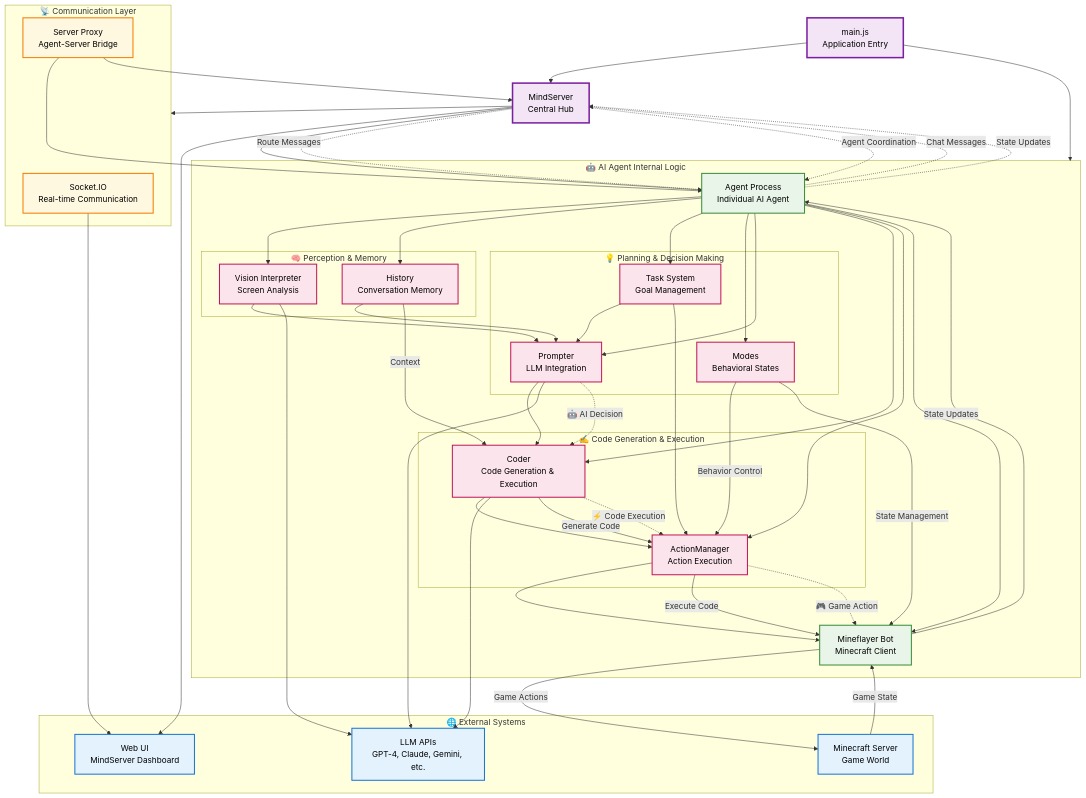
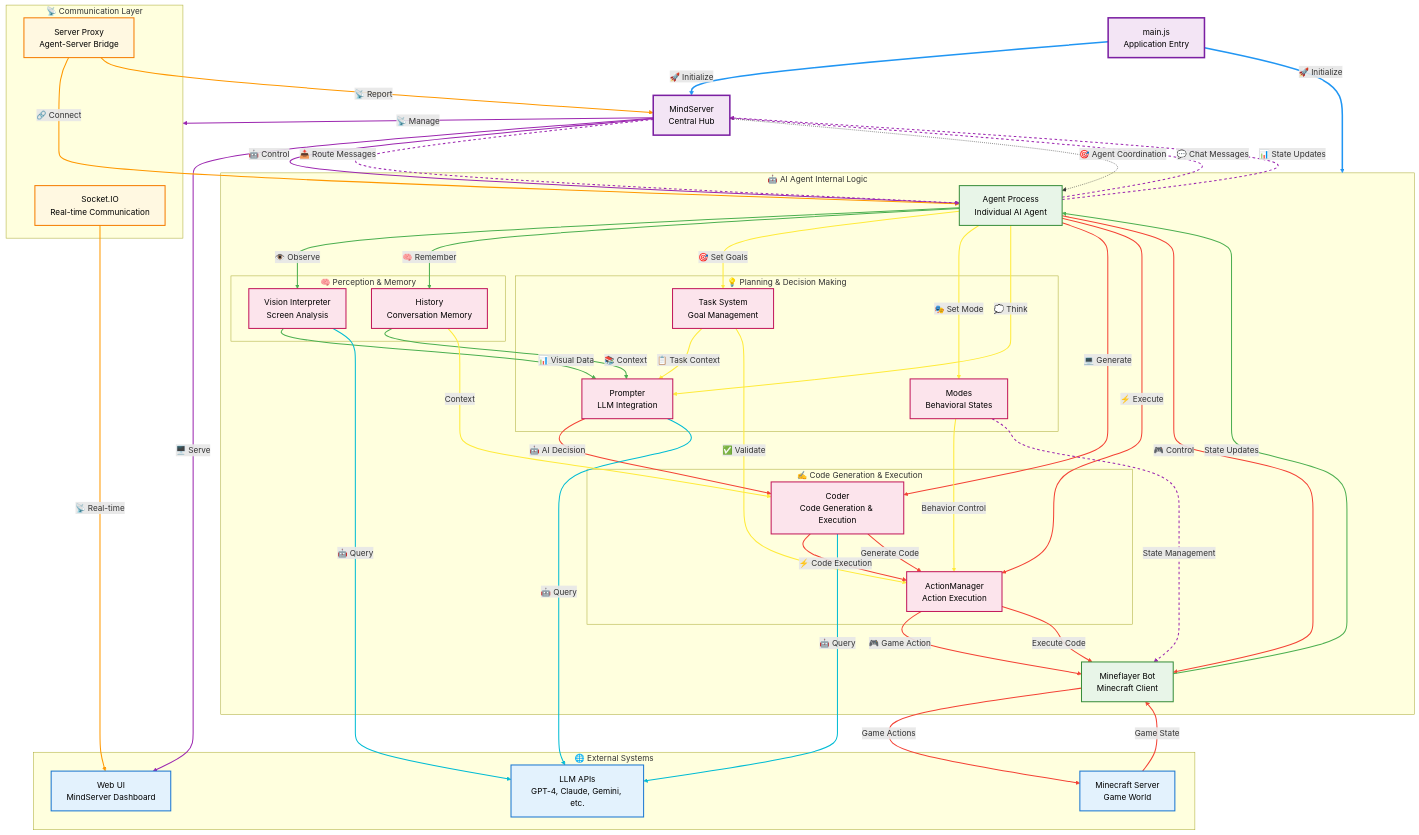
The diagram in ARCHITECTURE.md (kolbytn/mindcraft), drawn with Mermaid before and after one commit. The commit also changed other lines of this file, not shown here.

Commit message:
Add color-coded arrows and flow legend to architecture diagram
- Implement color-coded arrows for different data flow types
- Add descriptive labels with emojis to all connections
- Create comprehensive legend explaining arrow colors and meanings
- Use distinct colors for: initialization, perception, planning, execution, AI integration, coordination
- Add dashed lines for multi-agent communication patterns
- Improve visual flow tracking and diagram readability
- Make data flow patterns immediately recognizable at a glance

````diff
--- a/ARCHITECTURE.md
+++ b/ARCHITECTURE.md
@@ -46,70 +46,65 @@
         BOT[Mineflayer Bot<br/>Minecraft Client]:::agent
     end
 
-    %% Main Application Flow
-    MAIN --> MINDSERVER
-    MAIN --> AGENT_LOGIC
+    %% Main Application Flow (Blue - System Initialization)
+    MAIN -->|"🚀 Initialize"| MINDSERVER
+    MAIN -->|"🚀 Initialize"| AGENT_LOGIC
 
-    %% MindServer Connections
-    MINDSERVER --> COMM
-    MINDSERVER --> UI
-    MINDSERVER --> AGENT
+    %% MindServer Connections (Purple - Central Hub)
+    MINDSERVER -->|"📡 Manage"| COMM
+    MINDSERVER -->|"🖥️ Serve"| UI
+    MINDSERVER -->|"🤖 Control"| AGENT
 
-    %% Communication Layer Flow
-    SOCKET --> UI
-    PROXY --> AGENT
-    PROXY --> MINDSERVER
+    %% Communication Layer Flow (Orange - Communication)
+    SOCKET -->|"📡 Real-time"| UI
+    PROXY -->|"🔗 Connect"| AGENT
+    PROXY -->|"📡 Report"| MINDSERVER
 
-    %% Agent Internal Flow - Perception
-    AGENT --> VISION
-    AGENT --> HISTORY
-    VISION --> PROMPTER
-    HISTORY --> PROMPTER
+    %% Agent Internal Flow - Perception (Green - Data Input)
+    AGENT -->|"👁️ Observe"| VISION
+    AGENT -->|"🧠 Remember"| HISTORY
+    VISION -->|"📊 Visual Data"| PROMPTER
+    HISTORY -->|"📚 Context"| PROMPTER
 
-    %% Agent Internal Flow - Planning
-    AGENT --> TASKS
-    AGENT --> MODES
-    AGENT --> PROMPTER
-    TASKS --> PROMPTER
-    TASKS --> ACTIONS
+    %% Agent Internal Flow - Planning (Yellow - Decision Making)
+    AGENT -->|"🎯 Set Goals"| TASKS
+    AGENT -->|"🎭 Set Mode"| MODES
+    AGENT -->|"💭 Think"| PROMPTER
+    TASKS -->|"📋 Task Context"| PROMPTER
+    TASKS -->|"✅ Validate"| ACTIONS
 
-    %% Agent Internal Flow - Execution
-    AGENT --> CODER
-    AGENT --> ACTIONS
-    AGENT --> BOT
-    PROMPTER --> CODER
-    CODER --> ACTIONS
-    ACTIONS --> BOT
+    %% Agent Internal Flow - Execution (Red - Action Execution)
+    AGENT -->|"💻 Generate"| CODER
+    AGENT -->|"⚡ Execute"| ACTIONS
+    AGENT -->|"🎮 Control"| BOT
+    PROMPTER -->|"🤖 AI Decision"| CODER
+    CODER -->|"⚡ Code Execution"| ACTIONS
+    ACTIONS -->|"🎮 Game Action"| BOT
 
-    %% LLM Integration
-    PROMPTER --> LLM
-    CODER --> LLM
-    VISION --> LLM
+    %% LLM Integration (Cyan - External AI)
+    PROMPTER -->|"🤖 Query"| LLM
+    CODER -->|"🤖 Query"| LLM
+    VISION -->|"🤖 Query"| LLM
 
-    %% Code Execution Flow
-    CODER -->|Generate Code| ACTIONS
-    ACTIONS -->|Execute Code| BOT
-    BOT -->|Game Actions| MC
-    MC -->|Game State| BOT
-    BOT -->|State Updates| AGENT
+    %% Code Execution Flow (Red - Game Actions)
+    CODER -->|"Generate Code"| ACTIONS
+    ACTIONS -->|"Execute Code"| BOT
+    BOT -->|"Game Actions"| MC
+    MC -->|"Game State"| BOT
+    BOT -->|"State Updates"| AGENT
 
-    %% Memory and Learning
-    HISTORY -->|Context| CODER
+    %% Memory and Learning (Green - Learning)
+    HISTORY -->|"Context"| CODER
 
-    %% Behavioral Control
-    MODES -->|Behavior Control| ACTIONS
-    MODES -->|State Management| BOT
+    %% Behavioral Control (Yellow - Control)
+    MODES -->|"Behavior Control"| ACTIONS
+    MODES -->|"State Management"| BOT
 
-    %% Multi-Agent Coordination
-    AGENT -.->|Chat Messages| MINDSERVER
-    MINDSERVER -.->|Route Messages| AGENT
-    AGENT -.->|State Updates| MINDSERVER
-    MINDSERVER -.->|Agent Coordination| AGENT
-
-    %% Data Flow Indicators
-    PROMPTER -.->|"🤖 AI Decision"| CODER
-    CODER -.->|"⚡ Code Execution"| ACTIONS
-    ACTIONS -.->|"🎮 Game Action"| BOT
+    %% Multi-Agent Coordination (Purple - Coordination)
+    AGENT -.->|"💬 Chat Messages"| MINDSERVER
+    MINDSERVER -.->|"📤 Route Messages"| AGENT
+    AGENT -.->|"📊 State Updates"| MINDSERVER
+    MINDSERVER -.->|"🎯 Agent Coordination"| AGENT
 
     %% Styling
     classDef external fill:#e3f2fd,stroke:#1976d2,stroke-width:2px,color:#000
@@ -123,4 +118,43 @@
     class AGENT,BOT agent
     class SOCKET,PROXY communication
     class PROMPTER,CODER,ACTIONS,TASKS,HISTORY,MODES,VISION data
+
+    %% Link Styling
+    linkStyle 0 stroke:#2196F3,stroke-width:3px
+    linkStyle 1 stroke:#2196F3,stroke-width:3px
+    linkStyle 2 stroke:#9C27B0,stroke-width:2px
+    linkStyle 3 stroke:#9C27B0,stroke-width:2px
+    linkStyle 4 stroke:#9C27B0,stroke-width:2px
+    linkStyle 5 stroke:#FF9800,stroke-width:2px
+    linkStyle 6 stroke:#FF9800,stroke-width:2px
+    linkStyle 7 stroke:#FF9800,stroke-width:2px
+    linkStyle 8 stroke:#4CAF50,stroke-width:2px
+    linkStyle 9 stroke:#4CAF50,stroke-width:2px
+    linkStyle 10 stroke:#4CAF50,stroke-width:2px
+    linkStyle 11 stroke:#4CAF50,stroke-width:2px
+    linkStyle 12 stroke:#FFEB3B,stroke-width:2px
+    linkStyle 13 stroke:#FFEB3B,stroke-width:2px
+    linkStyle 14 stroke:#FFEB3B,stroke-width:2px
+    linkStyle 15 stroke:#FFEB3B,stroke-width:2px
+    linkStyle 16 stroke:#FFEB3B,stroke-width:2px
+    linkStyle 17 stroke:#F44336,stroke-width:2px
+    linkStyle 18 stroke:#F44336,stroke-width:2px
+    linkStyle 19 stroke:#F44336,stroke-width:2px
+    linkStyle 20 stroke:#F44336,stroke-width:2px
+    linkStyle 21 stroke:#F44336,stroke-width:2px
+    linkStyle 22 stroke:#F44336,stroke-width:2px
+    linkStyle 23 stroke:#00BCD4,stroke-width:2px
+    linkStyle 24 stroke:#00BCD4,stroke-width:2px
+    linkStyle 25 stroke:#00BCD4,stroke-width:2px
+    linkStyle 26 stroke:#F44336,stroke-width:2px
+    linkStyle 27 stroke:#F44336,stroke-width:2px
+    linkStyle 28 stroke:#F44336,stroke-width:2px
+    linkStyle 29 stroke:#F44336,stroke-width:2px
+    linkStyle 30 stroke:#4CAF50,stroke-width:2px
+    linkStyle 31 stroke:#FFEB3B,stroke-width:2px
+    linkStyle 32 stroke:#FFEB3B,stroke-width:2px
+    linkStyle 33 stroke:#9C27B0,stroke-width:2px,stroke-dasharray: 5 5
+    linkStyle 34 stroke:#9C27B0,stroke-width:2px,stroke-dasharray: 5 5
+    linkStyle 35 stroke:#9C27B0,stroke-width:2px,stroke-dasharray: 5 5
+    linkStyle 36 stroke:#9C27B0,stroke-width:2px,stroke-dasharray: 5 5
 ```
````
